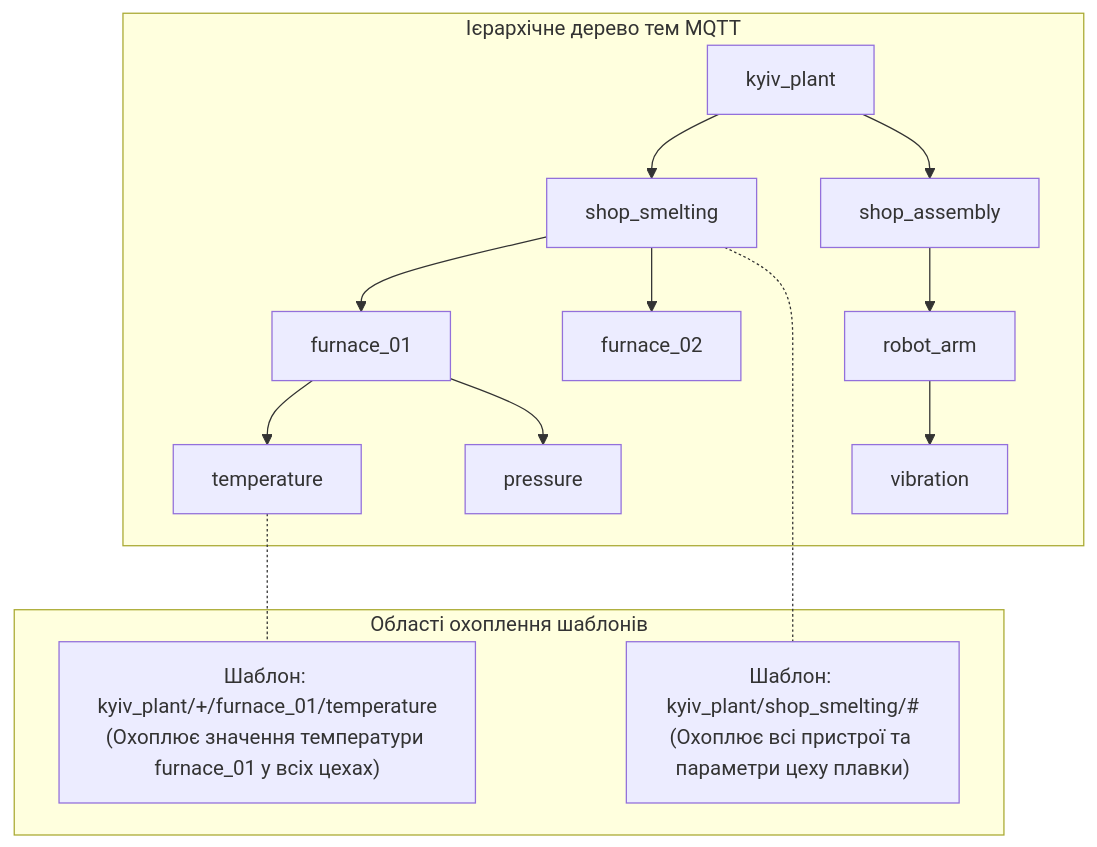
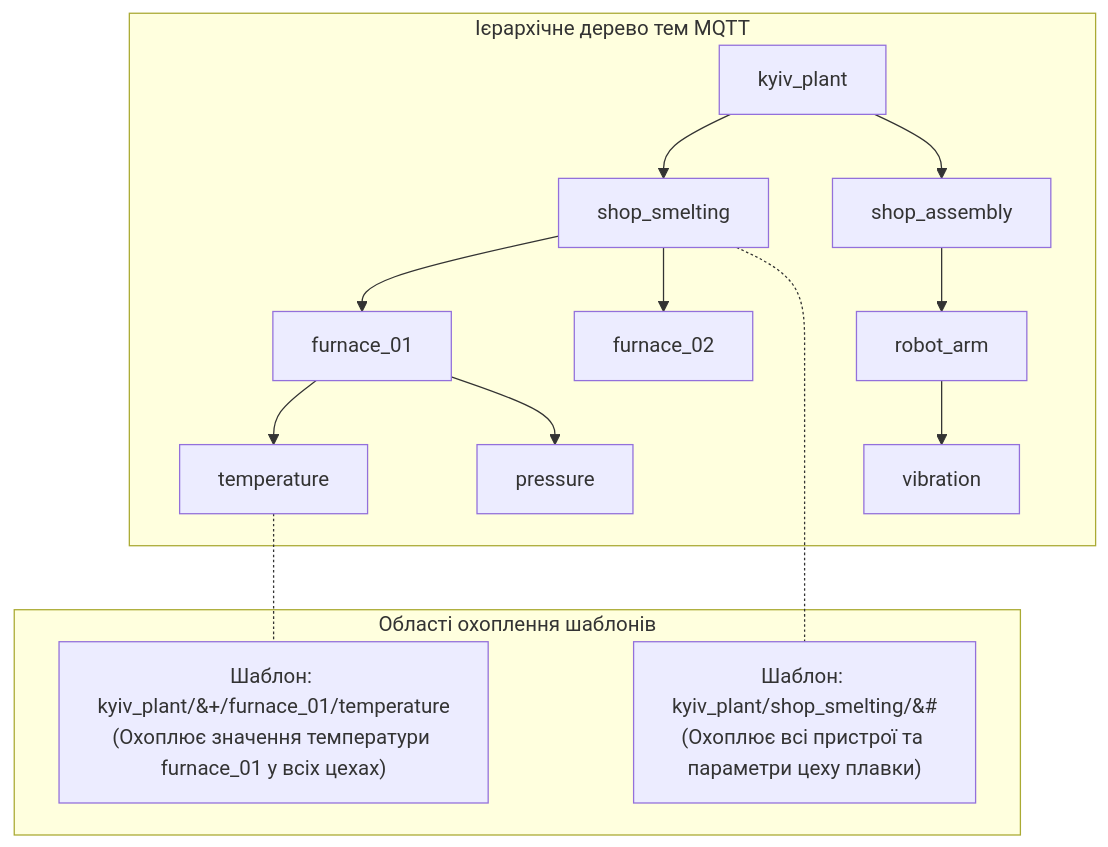
One commit to KyryloVadurin/cps-algorithms changed the first of 2 diagrams in docs/practicals/pz-3.md. Above: the diagram before and after it, drawn with Mermaid.

````diff
--- a/docs/practicals/pz-3.md
+++ b/docs/practicals/pz-3.md
@@ -26,24 +26,24 @@
 ```mermaid
 flowchart TD
-    subgraph Topic_Tree [Ієрархічне дерево тем MQTT]
-        Root[kyiv_plant] --> Shop1[shop_smelting]
-        Root --> Shop2[shop_assembly]
+    subgraph Topic_Tree ["Ієрархічне дерево тем MQTT"]
+        Root["kyiv_plant"] --> Shop1["shop_smelting"]
+        Root --> Shop2["shop_assembly"]
         
-        Shop1 --> Dev1[furnace_01]
-        Shop1 --> Dev2[furnace_02]
+        Shop1 --> Dev1["furnace_01"]
+        Shop1 --> Dev2["furnace_02"]
         
-        Dev1 --> Param1[temperature]
-        Dev1 --> Param2[pressure]
+        Dev1 --> Param1["temperature"]
+        Dev1 --> Param2["pressure"]
         
-        Shop2 --> Dev3[robot_arm]
-        Dev3 --> Param3[vibration]
+        Shop2 --> Dev3["robot_arm"]
+        Dev3 --> Param3["vibration"]
     end
 
-    subgraph Wildcard_Subscriptions [Області охоплення шаблонів]
-        SingleWild["Шаблон: kyiv_plant/+/furnace_01/temperature<br/>(Охоплює значення температури furnace_01 у всіх цехах)"]
-        MultiWild["Шаблон: kyiv_plant/shop_smelting/#<br/>(Охоплює всі пристрої та параметри цеху плавки)"]
+    subgraph Wildcard_Subscriptions ["Області охоплення шаблонів"]
+        SingleWild["Шаблон: kyiv_plant/&#43;/furnace_01/temperature<br/>(Охоплює значення температури furnace_01 у всіх цехах)"]
+        MultiWild["Шаблон: kyiv_plant/shop_smelting/&#35;<br/>(Охоплює всі пристрої та параметри цеху плавки)"]
     end
 
     Shop1 -.- MultiWild
     Param1 -.- SingleWild
 ```
````
